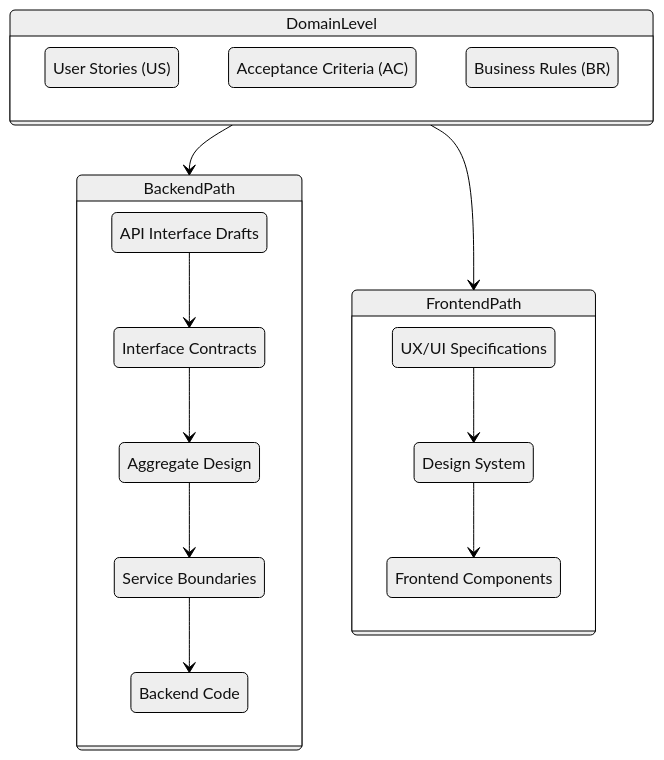
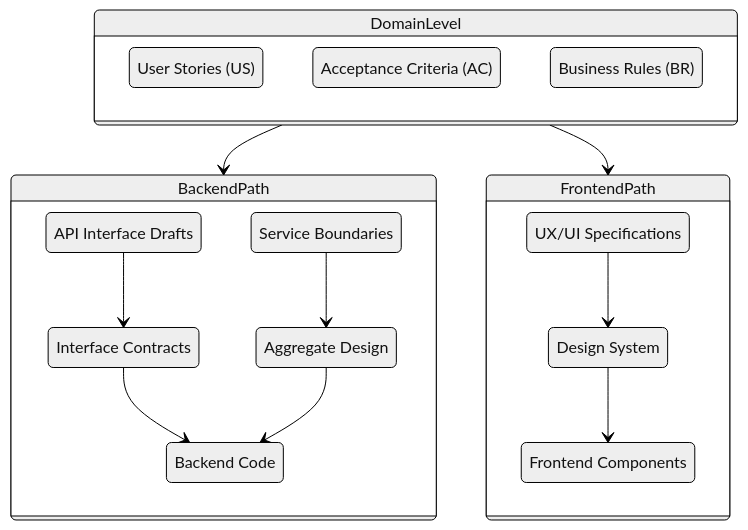
One commit to ikadar/ewlin changed the first of 2 diagrams in docs/documentation-standards/document-structure.md. Above: the diagram before and after it, drawn with Mermaid. The commit also changed 6 other files, not shown here.

````diff
--- a/docs/documentation-standards/document-structure.md
+++ b/docs/documentation-standards/document-structure.md
@@ -73,36 +73,36 @@
 ```mermaid
 %%{init: {'theme':'neutral'}}%%
 stateDiagram-v2
     direction TB
 
     state DomainLevel {
         US: User Stories (US)
         AC: Acceptance Criteria (AC)
         BR: Business Rules (BR)
     }
 
     state BackendPath {
         API: API Interface Drafts
         IC: Interface Contracts
         AGG: Aggregate Design
         SB: Service Boundaries
         BE: Backend Code
 
         API --> IC
-        IC --> AGG
-        AGG --> SB
-        SB --> BE
+        IC --> BE
+        SB --> AGG
+        AGG --> BE
     }
 
     state FrontendPath {
         UX: UX/UI Specifications
         DS: Design System
         FE: Frontend Components
 
         UX --> DS
         DS --> FE
     }
 
     DomainLevel --> BackendPath
     DomainLevel --> FrontendPath
 ```
````
